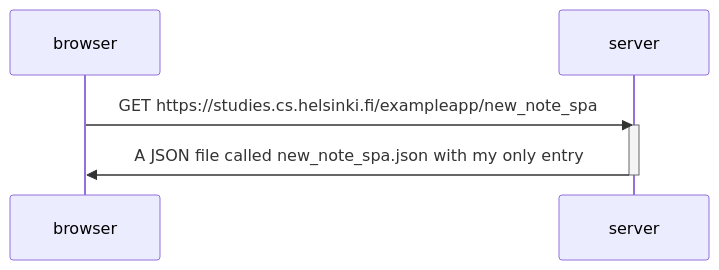
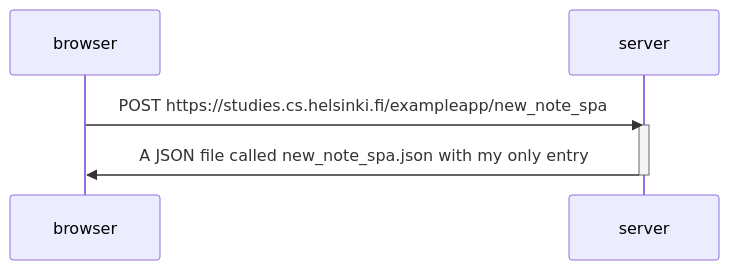
One commit to dangelrubio/fullstackopen changed the diagram in Part_0/part0_exercise6.md. Above: the diagram before and after it, drawn with Mermaid. The commit also changed 11 other files, not shown here.

````diff
--- a/Part_0/part0_exercise6.md
+++ b/Part_0/part0_exercise6.md
@@ -1,10 +1,10 @@
 ```mermaid
 sequenceDiagram
     participant browser
     participant server
 
-    browser->>server: GET https://studies.cs.helsinki.fi/exampleapp/new_note_spa
+    browser->>server: POST https://studies.cs.helsinki.fi/exampleapp/new_note_spa
     activate server
     server->>browser: A JSON file called new_note_spa.json with my only entry
     deactivate server
 ```
````
